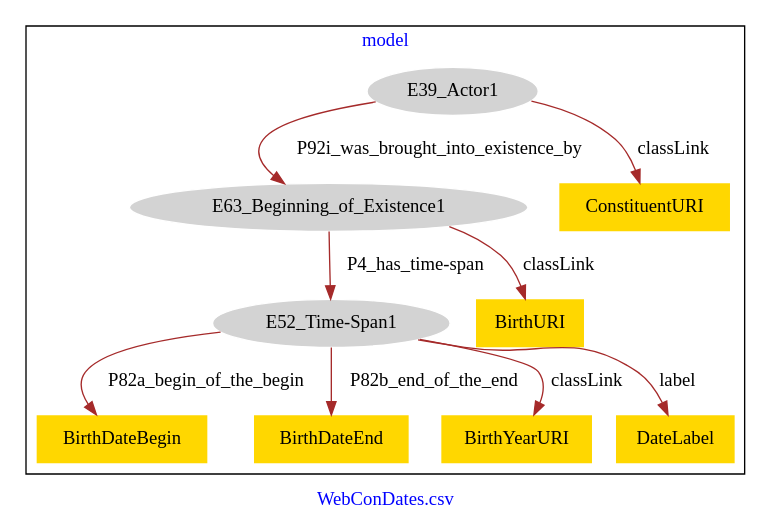
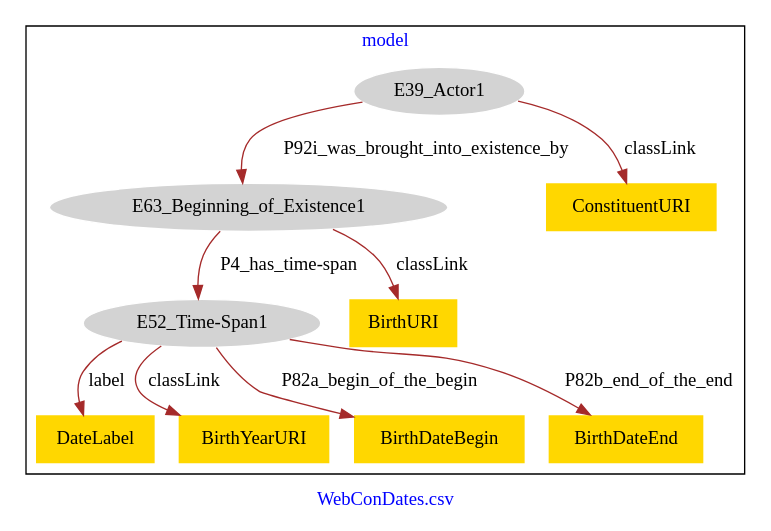
The diagram in WebConDatesBirth/WebConDatesBirth-model.dot (american-art/SAAM), drawn with Graphviz before and after one commit.

Commit message:
Update file WebConDatesBirth-model.dot

```diff
--- a/WebConDatesBirth/WebConDatesBirth-model.dot
+++ b/WebConDatesBirth/WebConDatesBirth-model.dot
@@ -1,25 +1,25 @@
 digraph n0 {
 fontcolor="blue"
 remincross="true"
 label="WebConDates.csv"
 subgraph cluster {
 label="model"
 n2[style="filled",color="white",fillcolor="lightgray",label="E39_Actor1"];
 n3[style="filled",color="white",fillcolor="lightgray",label="E63_Beginning_of_Existence1"];
 n4[style="filled",color="white",fillcolor="lightgray",label="E52_Time-Span1"];
-n5[shape="plaintext",style="filled",fillcolor="gold",label="BirthDateBegin"];
-n6[shape="plaintext",style="filled",fillcolor="gold",label="BirthDateEnd"];
+n5[shape="plaintext",style="filled",fillcolor="gold",label="DateLabel"];
+n6[shape="plaintext",style="filled",fillcolor="gold",label="BirthURI"];
 n7[shape="plaintext",style="filled",fillcolor="gold",label="ConstituentURI"];
-n8[shape="plaintext",style="filled",fillcolor="gold",label="BirthURI"];
-n9[shape="plaintext",style="filled",fillcolor="gold",label="BirthYearURI"];
-n10[shape="plaintext",style="filled",fillcolor="gold",label="DateLabel"];
+n8[shape="plaintext",style="filled",fillcolor="gold",label="BirthYearURI"];
+n9[shape="plaintext",style="filled",fillcolor="gold",label="BirthDateBegin"];
+n10[shape="plaintext",style="filled",fillcolor="gold",label="BirthDateEnd"];
 }
 n2 -> n3[color="brown",fontcolor="black",label="P92i_was_brought_into_existence_by"]
 n3 -> n4[color="brown",fontcolor="black",label="P4_has_time-span"]
-n4 -> n5[color="brown",fontcolor="black",label="P82a_begin_of_the_begin"]
-n4 -> n6[color="brown",fontcolor="black",label="P82b_end_of_the_end"]
+n4 -> n5[color="brown",fontcolor="black",label="label"]
+n3 -> n6[color="brown",fontcolor="black",label="classLink"]
 n2 -> n7[color="brown",fontcolor="black",label="classLink"]
-n3 -> n8[color="brown",fontcolor="black",label="classLink"]
-n4 -> n9[color="brown",fontcolor="black",label="classLink"]
-n4 -> n10[color="brown",fontcolor="black",label="label"]
+n4 -> n8[color="brown",fontcolor="black",label="classLink"]
+n4 -> n9[color="brown",fontcolor="black",label="P82a_begin_of_the_begin"]
+n4 -> n10[color="brown",fontcolor="black",label="P82b_end_of_the_end"]
 }
```
